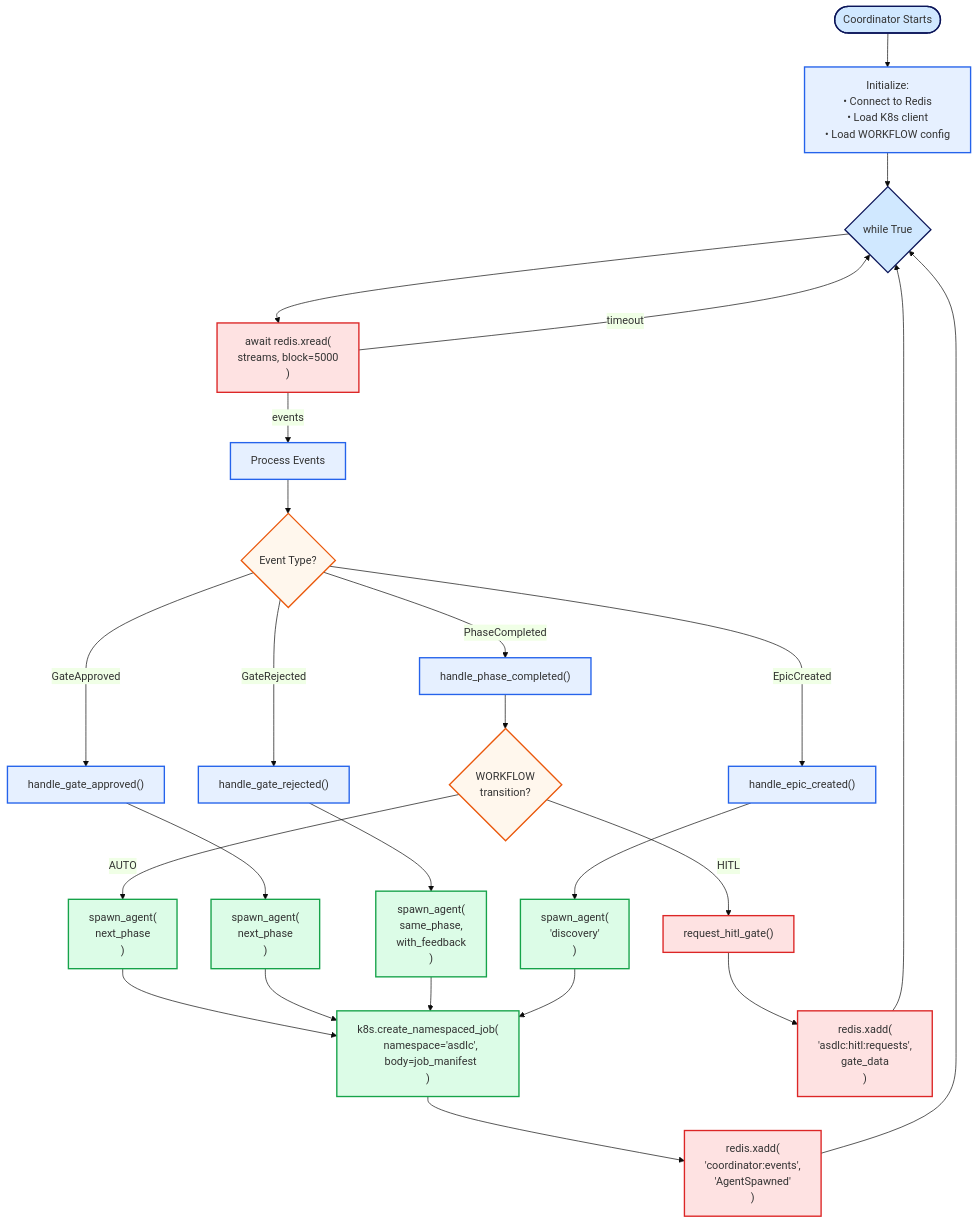
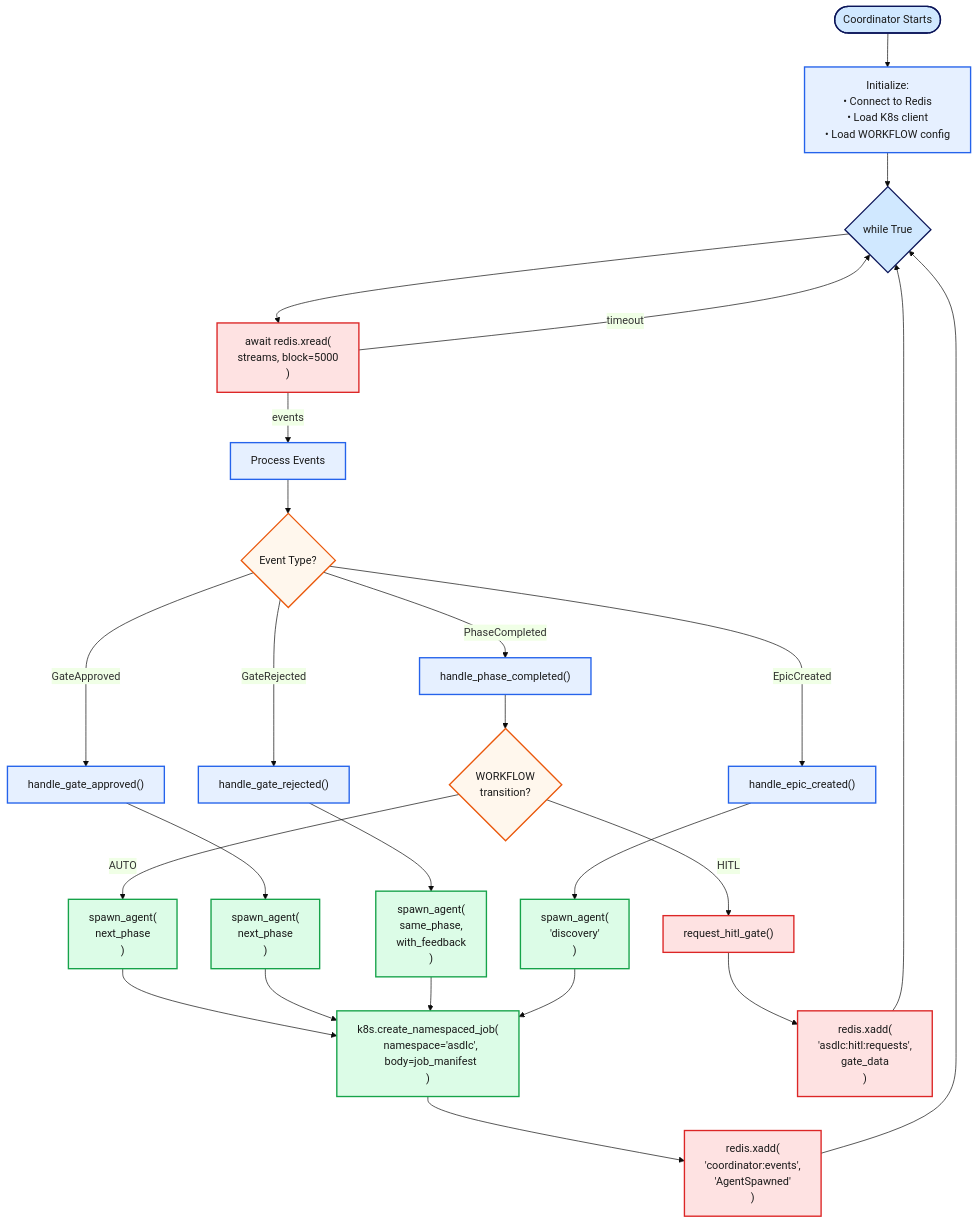
Before and after one commit to jb-612/dox-asdlc: the diagram in docker/hitl-ui/public/docs/diagrams/02-coordinator-event-loop.mmd, drawn with Mermaid. The commit also changed 36 other files, not shown here.

```diff
--- a/docker/hitl-ui/public/docs/diagrams/02-coordinator-event-loop.mmd
+++ b/docker/hitl-ui/public/docs/diagrams/02-coordinator-event-loop.mmd
@@ -1,52 +1,52 @@
 %%{init: {'theme': 'base', 'themeVariables': { 'primaryColor': '#E6F0FF'}}}%%
 
 flowchart TD
     Start(["Coordinator Starts"])
     --> Init["Initialize:\n• Connect to Redis\n• Load K8s client\n• Load WORKFLOW config"]
     --> Loop{"while True"}
 
     Loop --> XRead["await redis.xread(\n  streams, block=5000\n)"]
     XRead -->|timeout| Loop
     XRead -->|events| ProcessEvents["Process Events"]
 
     ProcessEvents --> CheckType{Event Type?}
 
     CheckType -->|PhaseCompleted| PhaseHandler["handle_phase_completed()"]
     CheckType -->|GateApproved| ApprovedHandler["handle_gate_approved()"]
     CheckType -->|GateRejected| RejectedHandler["handle_gate_rejected()"]
     CheckType -->|EpicCreated| EpicHandler["handle_epic_created()"]
 
     PhaseHandler --> CheckTransition{WORKFLOW\ntransition?}
 
     CheckTransition -->|AUTO| SpawnNext["spawn_agent(\n  next_phase\n)"]
     CheckTransition -->|HITL| RequestGate["request_hitl_gate()"]
 
     ApprovedHandler --> SpawnApproved["spawn_agent(\n  next_phase\n)"]
 
     RejectedHandler --> SpawnRetry["spawn_agent(\n  same_phase,\n  with_feedback\n)"]
 
     EpicHandler --> SpawnDiscovery["spawn_agent(\n  'discovery'\n)"]
 
     SpawnNext --> CreateJob["k8s.create_namespaced_job(\n  namespace='asdlc',\n  body=job_manifest\n)"]
     SpawnApproved --> CreateJob
     SpawnRetry --> CreateJob
     SpawnDiscovery --> CreateJob
 
     RequestGate --> PublishHITL["redis.xadd(\n  'asdlc:hitl:requests',\n  gate_data\n)"]
 
     CreateJob --> LogEvent["redis.xadd(\n  'coordinator:events',\n  'AgentSpawned'\n)"]
     PublishHITL --> Loop
     LogEvent --> Loop
 
-    %% Styling
-    classDef start fill:#D0E8FF,stroke:#0b1559,stroke-width:2px
-    classDef process fill:#E6F0FF,stroke:#2563eb,stroke-width:2px
-    classDef decision fill:#FFF7ED,stroke:#EA580C,stroke-width:2px
-    classDef spawn fill:#DCFCE7,stroke:#16a34a,stroke-width:2px
-    classDef redis fill:#FEE2E2,stroke:#dc2626,stroke-width:2px
+    %% Styling - explicit dark text color for visibility in both themes
+    classDef start fill:#D0E8FF,stroke:#0b1559,stroke-width:2px,color:#1a1a1a
+    classDef process fill:#E6F0FF,stroke:#2563eb,stroke-width:2px,color:#1a1a1a
+    classDef decision fill:#FFF7ED,stroke:#EA580C,stroke-width:2px,color:#1a1a1a
+    classDef spawn fill:#DCFCE7,stroke:#16a34a,stroke-width:2px,color:#1a1a1a
+    classDef redis fill:#FEE2E2,stroke:#dc2626,stroke-width:2px,color:#1a1a1a
 
     class Start,Loop start
     class Init,ProcessEvents,PhaseHandler,ApprovedHandler,RejectedHandler,EpicHandler process
     class CheckType,CheckTransition decision
     class SpawnNext,SpawnApproved,SpawnRetry,SpawnDiscovery,CreateJob spawn
     class XRead,RequestGate,PublishHITL,LogEvent redis
```
